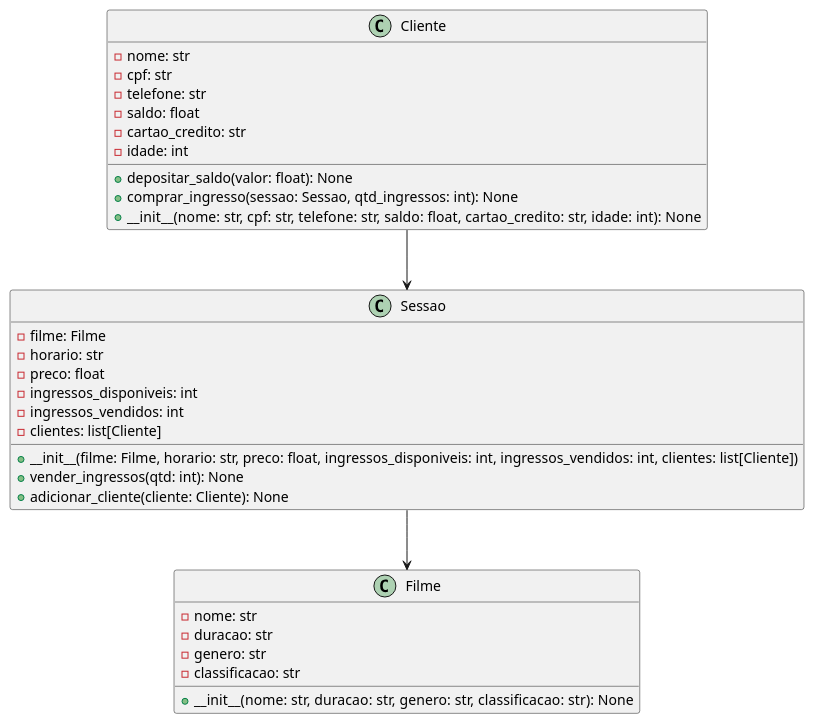
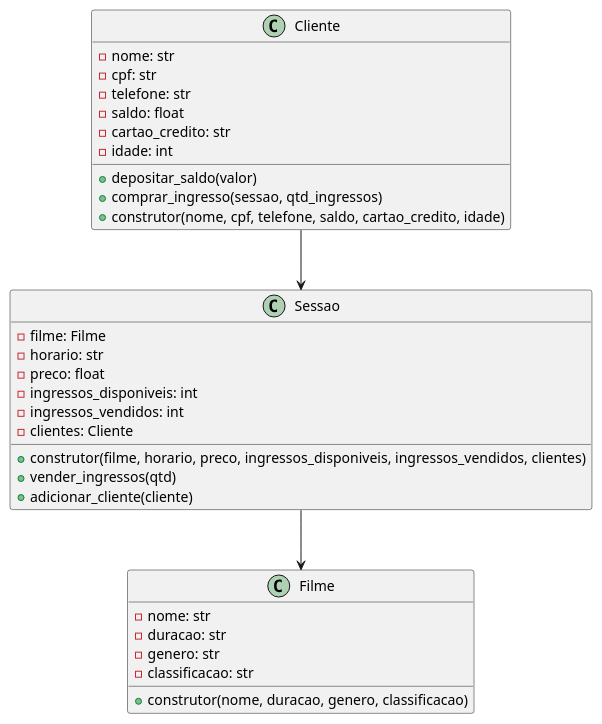
One commit to anleaes/2023-1-N1-POO-06 changed the diagram in Diagramas/teste.plantUML. Above: the diagram before and after it, drawn with PlantUML.

Commit message:
Colocando construtores no diagrama

```diff
--- a/Diagramas/teste.plantUML
+++ b/Diagramas/teste.plantUML
@@ -1,38 +1,38 @@
 @startuml N123
 
 class Cliente {
     -nome: str
     -cpf: str
     -telefone: str
     -saldo: float
     -cartao_credito: str
     -idade: int
-    +depositar_saldo(valor: float): None
-    +comprar_ingresso(sessao: Sessao, qtd_ingressos: int): None
-    +__init__(nome: str, cpf: str, telefone: str, saldo: float, cartao_credito: str, idade: int): None
+    +depositar_saldo(valor)
+    +comprar_ingresso(sessao, qtd_ingressos)
+    +construtor(nome, cpf, telefone, saldo, cartao_credito, idade)
 }
 
 class Filme {
     -nome: str
     -duracao: str
     -genero: str
     -classificacao: str
-    +__init__(nome: str, duracao: str, genero: str, classificacao: str): None
+    +construtor(nome, duracao, genero, classificacao)
 }
 
 class Sessao {
     -filme: Filme
     -horario: str
     -preco: float
     -ingressos_disponiveis: int
     -ingressos_vendidos: int
-    -clientes: list[Cliente]
-    + __init__(filme: Filme, horario: str, preco: float, ingressos_disponiveis: int, ingressos_vendidos: int, clientes: list[Cliente])
-    +vender_ingressos(qtd: int): None
-    +adicionar_cliente(cliente: Cliente): None
+    -clientes: Cliente
+    +construtor(filme, horario, preco, ingressos_disponiveis, ingressos_vendidos, clientes)
+    +vender_ingressos(qtd)
+    +adicionar_cliente(cliente)
 }
 
 Cliente --> Sessao
 Sessao --> Filme
 
 @enduml
```
